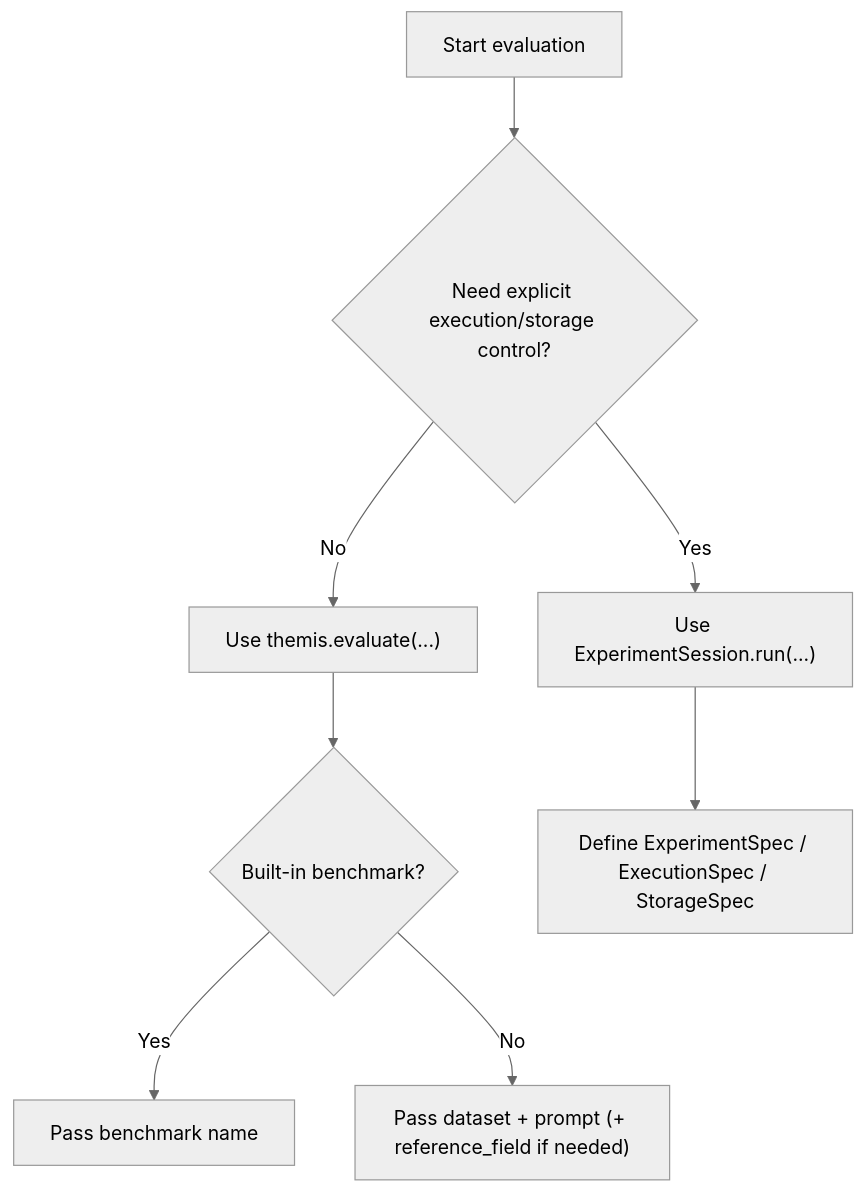
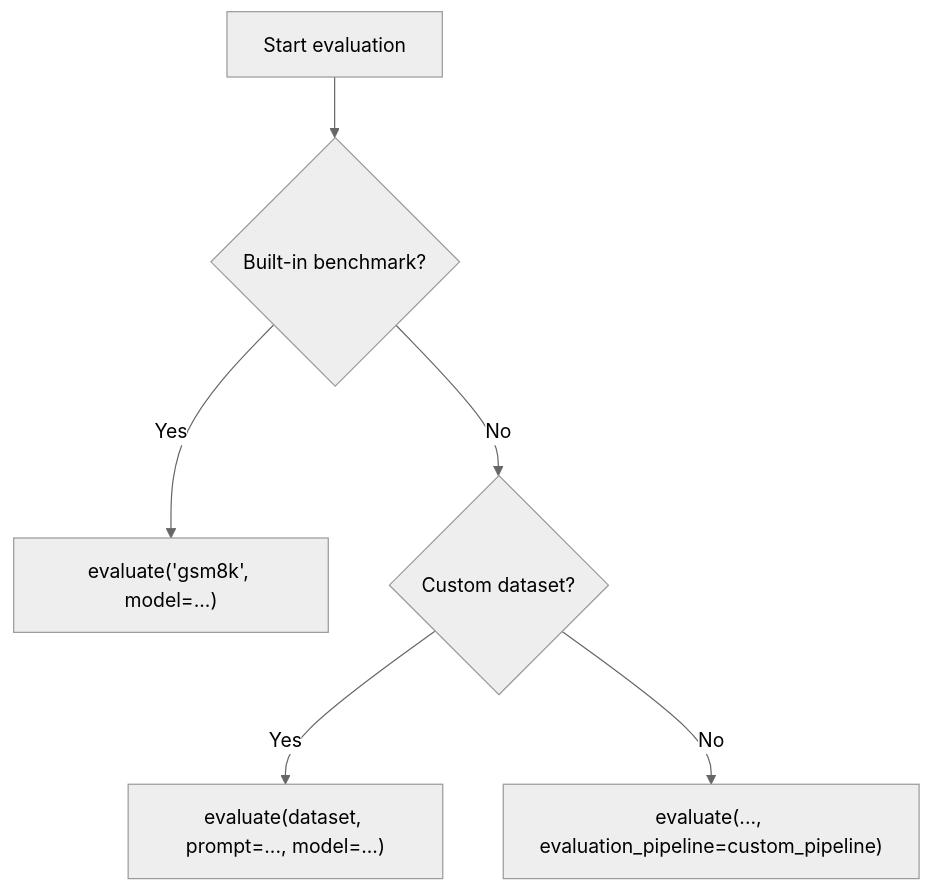
Before and after one commit to Pittawat2542/themis: the first of 2 diagrams in docs/guides/evaluation.md, drawn with Mermaid (neutral theme). The commit also changed other lines of this file and 9 other files, not shown here.

Commit message:
docs: modernize all docs to 1.2.0 evaluate() API, remove ExperimentSession/ExperimentSpec and examples-simple refs

````diff
--- a/docs/guides/evaluation.md
+++ b/docs/guides/evaluation.md
@@ -19,10 +19,8 @@
 ```mermaid
 flowchart TD
-    A["Start evaluation"] --> B{"Need explicit execution/storage control?"}
-    B -- "No" --> C["Use themis.evaluate(...)"]
-    B -- "Yes" --> D["Use ExperimentSession.run(...)"]
-    C --> E{"Built-in benchmark?"}
-    E -- "Yes" --> F["Pass benchmark name"]
-    E -- "No" --> G["Pass dataset + prompt (+ reference_field if needed)"]
-    D --> H["Define ExperimentSpec / ExecutionSpec / StorageSpec"]
+    A["Start evaluation"] --> B{"Built-in benchmark?"}
+    B -- "Yes" --> C["evaluate('gsm8k', model=...)"]
+    B -- "No" --> D{"Custom dataset?"}
+    D -- "Yes" --> E["evaluate(dataset, prompt=..., model=...)"]
+    D -- "No" --> F["evaluate(..., evaluation_pipeline=custom_pipeline)"]
 ```
````
